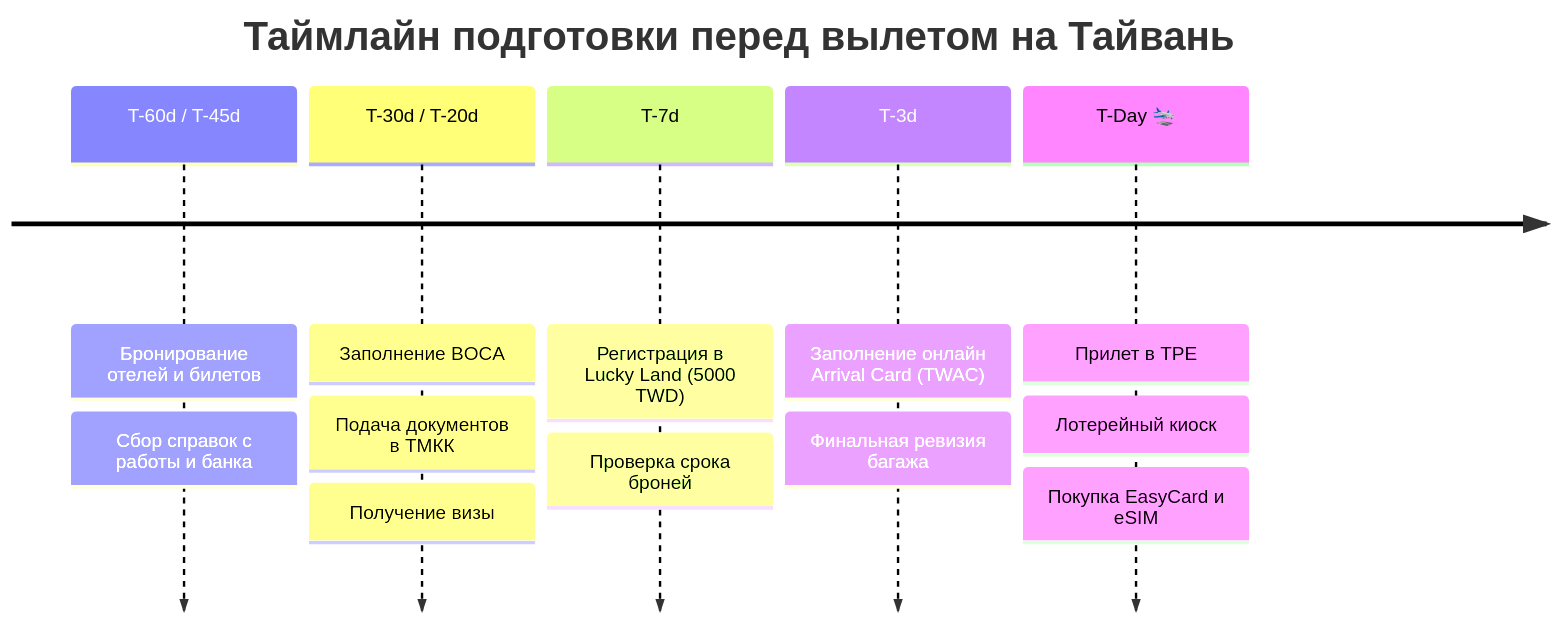
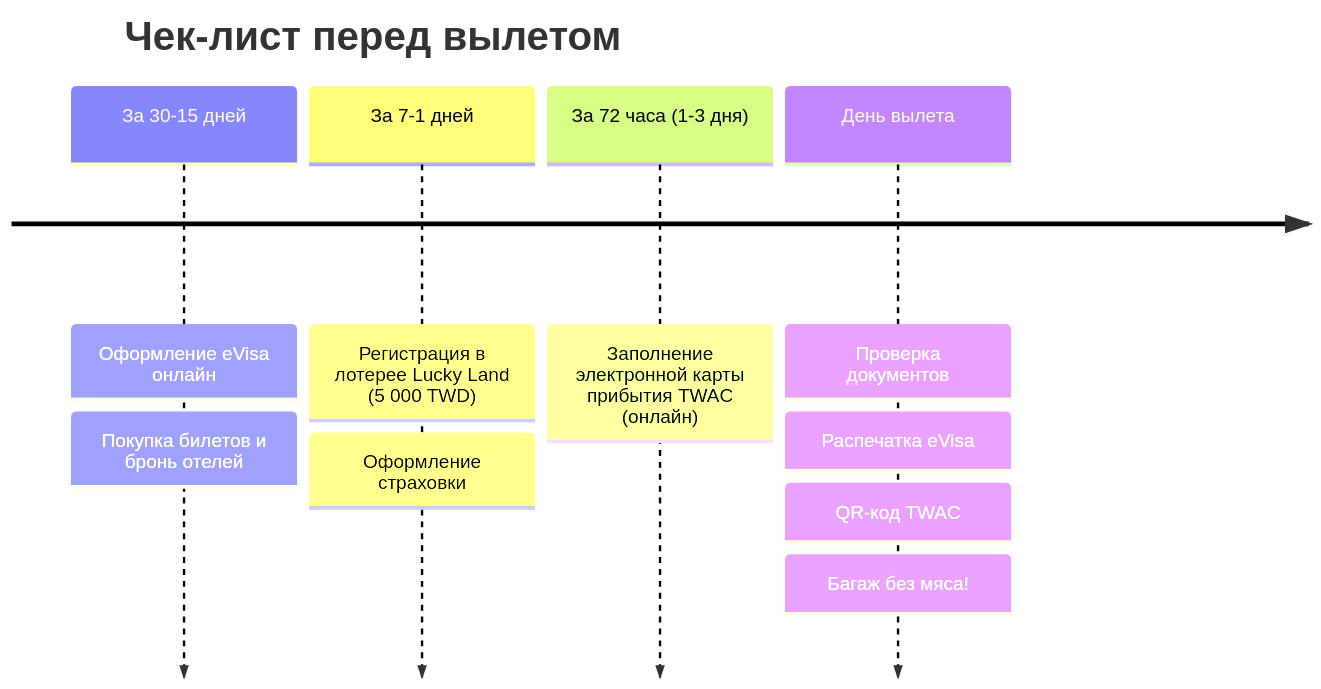
One commit to injurka/obsidian-mark changed the second of 2 diagrams in Personal Note/Travel/-- Taiwan/05 - Полезная информация/Визовый гайд для граждан РФ (2026).md. Above: the diagram before and after it, drawn with Mermaid. The commit also changed other lines of this file and 4 other files, not shown here.

````diff
--- a/Personal Note/Travel/-- Taiwan/05 - Полезная информация/Визовый гайд для граждан РФ (2026).md
+++ b/Personal Note/Travel/-- Taiwan/05 - Полезная информация/Визовый гайд для граждан РФ (2026).md
@@ -171,9 +84,8 @@
 ```mermaid
 timeline
-    title Таймлайн подготовки перед вылетом на Тайвань
-    T-60d / T-45d : Бронирование отелей и билетов : Сбор справок с работы и банка
-    T-30d / T-20d : Заполнение BOCA : Подача документов в ТМКК : Получение визы
-    T-7d : Регистрация в Lucky Land (5000 TWD) : Проверка срока броней
-    T-3d : Заполнение онлайн Arrival Card (TWAC) : Финальная ревизия багажа
-    T-Day 🛬 : Прилет в TPE : Лотерейный киоск : Покупка EasyCard и eSIM
+    title Чек-лист перед вылетом
+    За 30-15 дней : Оформление eVisa онлайн : Покупка билетов и бронь отелей
+    За 7-1 дней : Регистрация в лотерее Lucky Land (5 000 TWD) : Оформление страховки
+    За 72 часа (1-3 дня) : Заполнение электронной карты прибытия TWAC (онлайн)
+    День вылета : Проверка документов : Распечатка eVisa : QR-код TWAC : Багаж без мяса!
 ```
````
